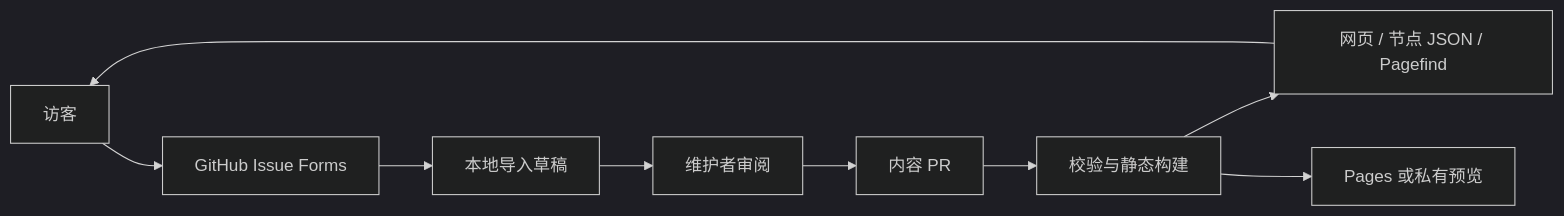
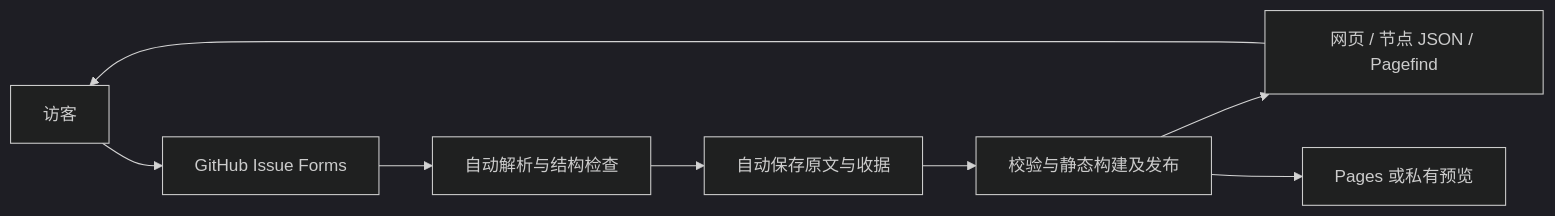
One commit to BillShiyaoZhang/QandA changed the diagram in docs/implementation.md. Above: the diagram before and after it, drawn with Mermaid (dark theme). The commit also changed other lines of this file and 25 other files, not shown here.

````diff
--- a/docs/implementation.md
+++ b/docs/implementation.md
@@ -7,11 +7,10 @@
 ```mermaid
 flowchart LR
     V[访客] --> F[GitHub Issue Forms]
-    F --> D[本地导入草稿]
-    D --> R[维护者审阅]
-    R --> P[内容 PR]
-    P --> C[校验与静态构建]
+    F --> D[自动解析与结构检查]
+    D --> P[自动保存原文与收据]
+    P --> C[校验与静态构建及发布]
     C --> W[网页 / 节点 JSON / Pagefind]
     W --> V
     C --> S[Pages 或私有预览]
 ```
````
